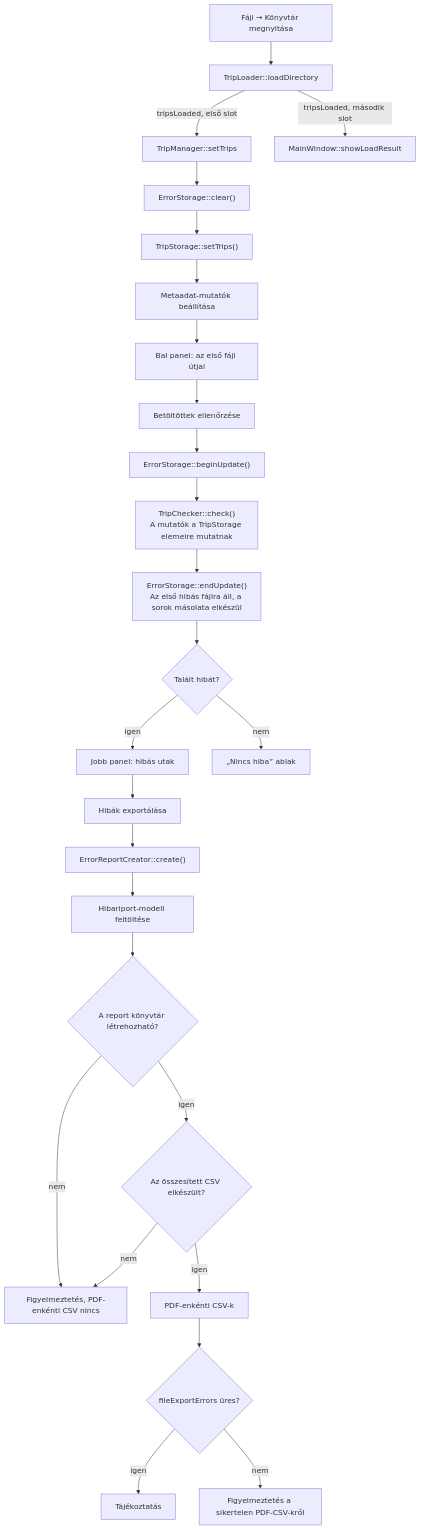
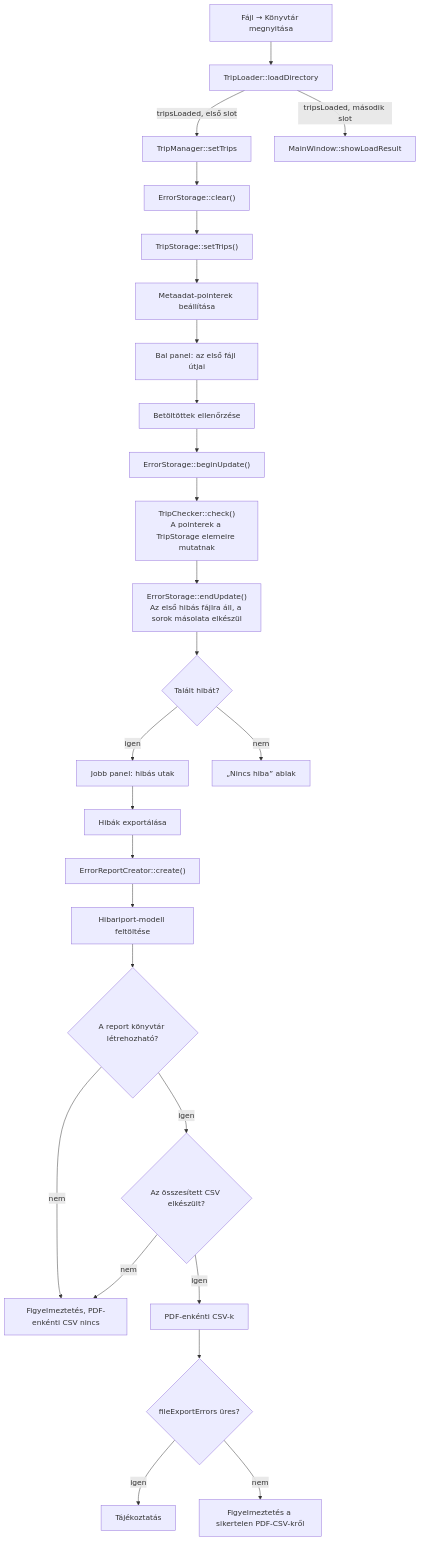
One commit to vajdaakos/KikuldetesiRendelvenyEllenorzo changed the first of 8 diagrams in DEVELOP.md. Above: the diagram before and after it, drawn with Mermaid. The commit also changed other lines of this file and 2 other files, not shown here.

````diff
--- a/DEVELOP.md
+++ b/DEVELOP.md
@@ -84,30 +84,30 @@
 ```mermaid
 flowchart TD
     open["Fájl → Könyvtár megnyitása"] --> loader["TripLoader::loadDirectory"]
     loader -->|"tripsLoaded, első slot"| setTrips["TripManager::setTrips"]
     loader -->|"tripsLoaded, második slot"| loadResult["MainWindow::showLoadResult"]
     setTrips --> clear["ErrorStorage::clear()"]
     clear --> storage["TripStorage::setTrips()"]
-    storage --> metadata["Metaadat-mutatók beállítása"]
+    storage --> metadata["Metaadat-pointerek beállítása"]
     metadata --> left["Bal panel: az első fájl útjai"]
 
     left --> checkAction["Betöltöttek ellenőrzése"]
     checkAction --> beginUpdate["ErrorStorage::beginUpdate()"]
-    beginUpdate --> checker["TripChecker::check()<br/>A mutatók a TripStorage elemeire mutatnak"]
+    beginUpdate --> checker["TripChecker::check()<br/>A pointerek a TripStorage elemeire mutatnak"]
     checker --> endUpdate["ErrorStorage::endUpdate()<br/>Az első hibás fájlra áll, a sorok másolata elkészül"]
     endUpdate --> result{"Talált hibát?"}
     result -->|igen| right["Jobb panel: hibás utak"]
     result -->|nem| noError["„Nincs hiba” ablak"]
 
     right --> exportAction["Hibák exportálása"]
     exportAction --> creator["ErrorReportCreator::create()"]
     creator --> reportModel["Hibariport-modell feltöltése"]
     reportModel --> reportDirectory{"A report könyvtár létrehozható?"}
     reportDirectory -->|nem| stop["Figyelmeztetés, PDF-enkénti CSV nincs"]
     reportDirectory -->|igen| aggregate{"Az összesített CSV elkészült?"}
     aggregate -->|nem| stop
     aggregate -->|igen| perPdf["PDF-enkénti CSV-k"]
     perPdf --> fileErrors{"fileExportErrors üres?"}
     fileErrors -->|igen| info["Tájékoztatás"]
     fileErrors -->|nem| warning["Figyelmeztetés a sikertelen PDF-CSV-kről"]
 ```
````
